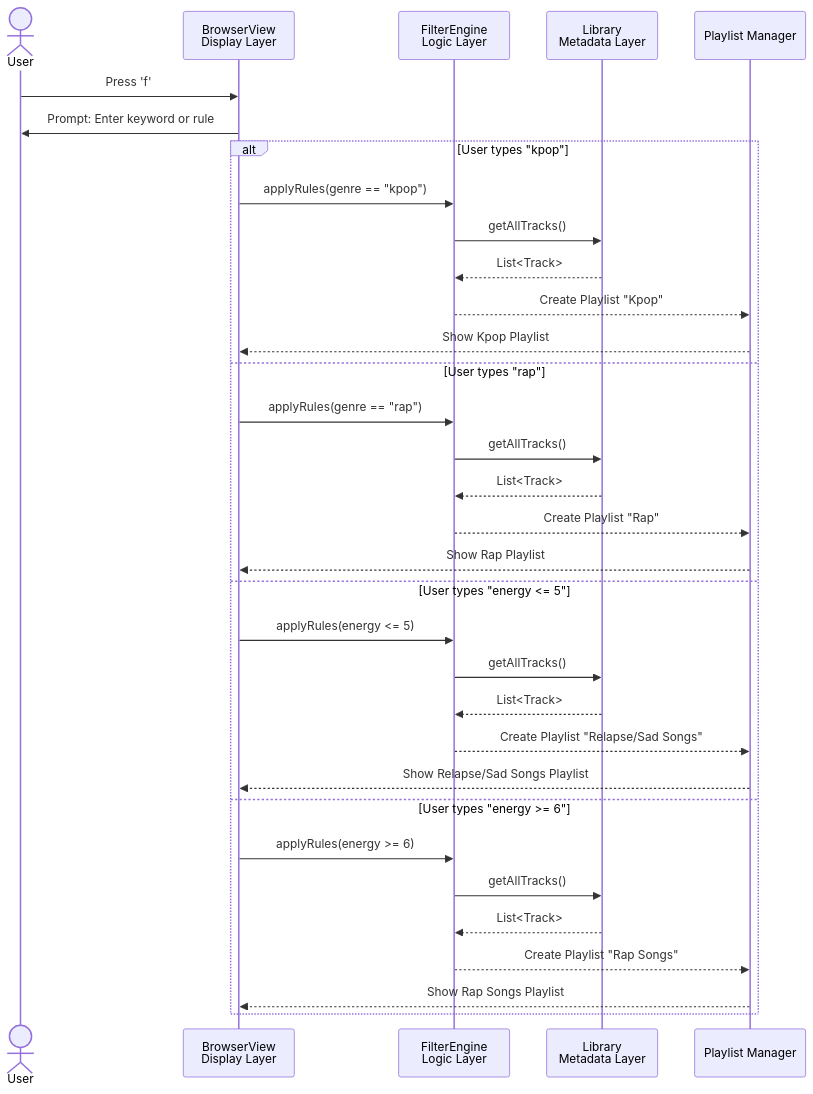
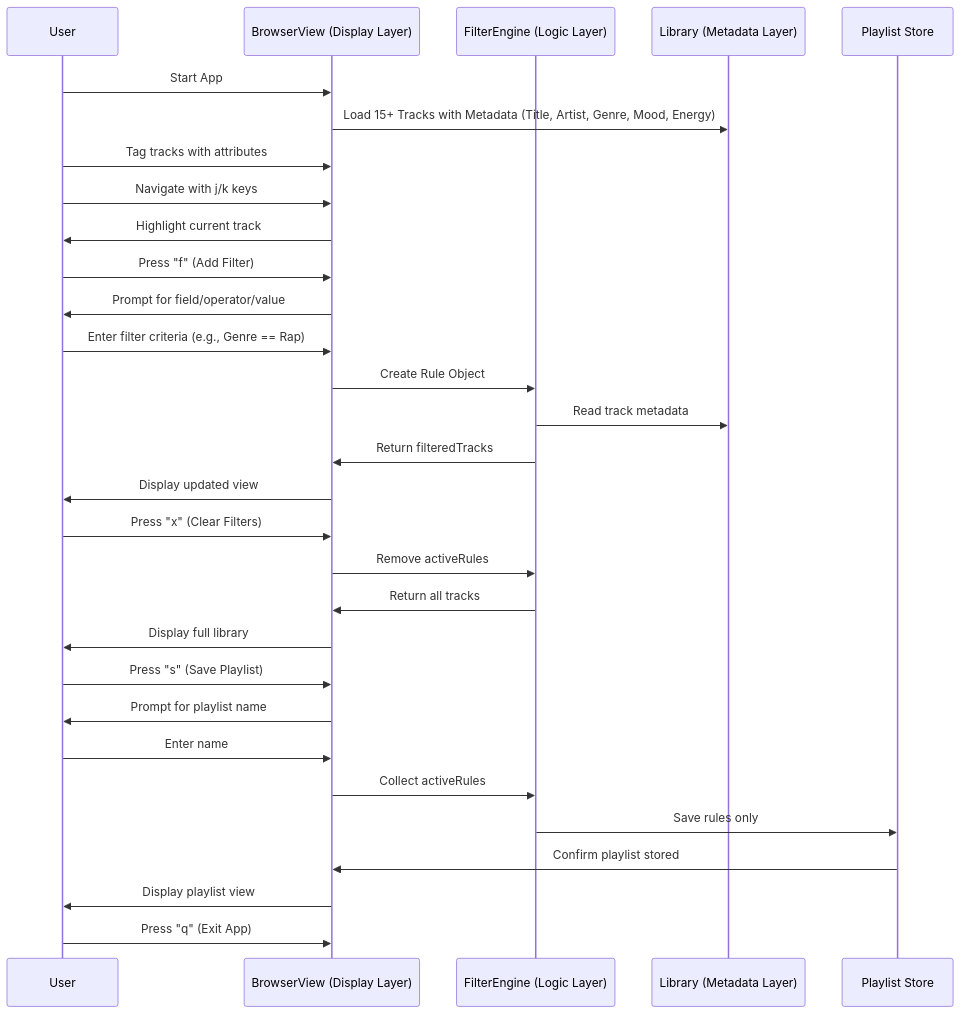
One commit to BSCpE-2-Software-Design/Libretto changed the second of 2 diagrams in README.md. Above: the diagram before and after it, drawn with Mermaid. The commit also changed other lines of this file, not shown here.

Commit message:
Update flowchart and sequence diagram in README

````diff
--- a/README.md
+++ b/README.md
@@ -48,37 +46,37 @@
 ```mermaid
 sequenceDiagram
-    actor User
-    participant UI as BrowserView<br/>Display Layer
-    participant FE as FilterEngine<br/>Logic Layer  
-    participant Lib as Library<br/>Metadata Layer
-    participant PL as Playlist Manager
+    participant User
+    participant UI as BrowserView (Display Layer)
+    participant FilterEngine as FilterEngine (Logic Layer)
+    participant Library as Library (Metadata Layer)
+    participant Playlist as Playlist Store
 
-    User->>UI: Press 'f'
-    UI->>User: Prompt: Enter keyword or rule
+    User->>UI: Start App
+    UI->>Library: Load 15+ Tracks with Metadata (Title, Artist, Genre, Mood, Energy)
+    User->>UI: Tag tracks with attributes
+    User->>UI: Navigate with j/k keys
+    UI->>User: Highlight current track
 
-    alt User types "kpop"
-        UI->>FE: applyRules(genre == "kpop")
-        FE->>Lib: getAllTracks()
-        Lib-->>FE: List<Track>
-        FE-->>PL: Create Playlist "Kpop"
-        PL-->>UI: Show Kpop Playlist
-    else User types "rap"
-        UI->>FE: applyRules(genre == "rap")
-        FE->>Lib: getAllTracks()
-        Lib-->>FE: List<Track>
-        FE-->>PL: Create Playlist "Rap"
-        PL-->>UI: Show Rap Playlist
-    else User types "energy <= 5"
-        UI->>FE: applyRules(energy <= 5)
-        FE->>Lib: getAllTracks()
-        Lib-->>FE: List<Track>
-        FE-->>PL: Create Playlist "Relapse/Sad Songs"
-        PL-->>UI: Show Relapse/Sad Songs Playlist
-    else User types "energy >= 6"
-        UI->>FE: applyRules(energy >= 6)
-        FE->>Lib: getAllTracks()
-        Lib-->>FE: List<Track>
-        FE-->>PL: Create Playlist "Rap Songs"
-        PL-->>UI: Show Rap Songs Playlist
-    end
+    User->>UI: Press "f" (Add Filter)
+    UI->>User: Prompt for field/operator/value
+    User->>UI: Enter filter criteria (e.g., Genre == Rap)
+    UI->>FilterEngine: Create Rule Object
+    FilterEngine->>Library: Read track metadata
+    FilterEngine->>UI: Return filteredTracks
+    UI->>User: Display updated view
+
+    User->>UI: Press "x" (Clear Filters)
+    UI->>FilterEngine: Remove activeRules
+    FilterEngine->>UI: Return all tracks
+    UI->>User: Display full library
+
+    User->>UI: Press "s" (Save Playlist)
+    UI->>User: Prompt for playlist name
+    User->>UI: Enter name
+    UI->>FilterEngine: Collect activeRules
+    FilterEngine->>Playlist: Save rules only
+    Playlist->>UI: Confirm playlist stored
+    UI->>User: Display playlist view
+
+    User->>UI: Press "q" (Exit App)
 ```
````
